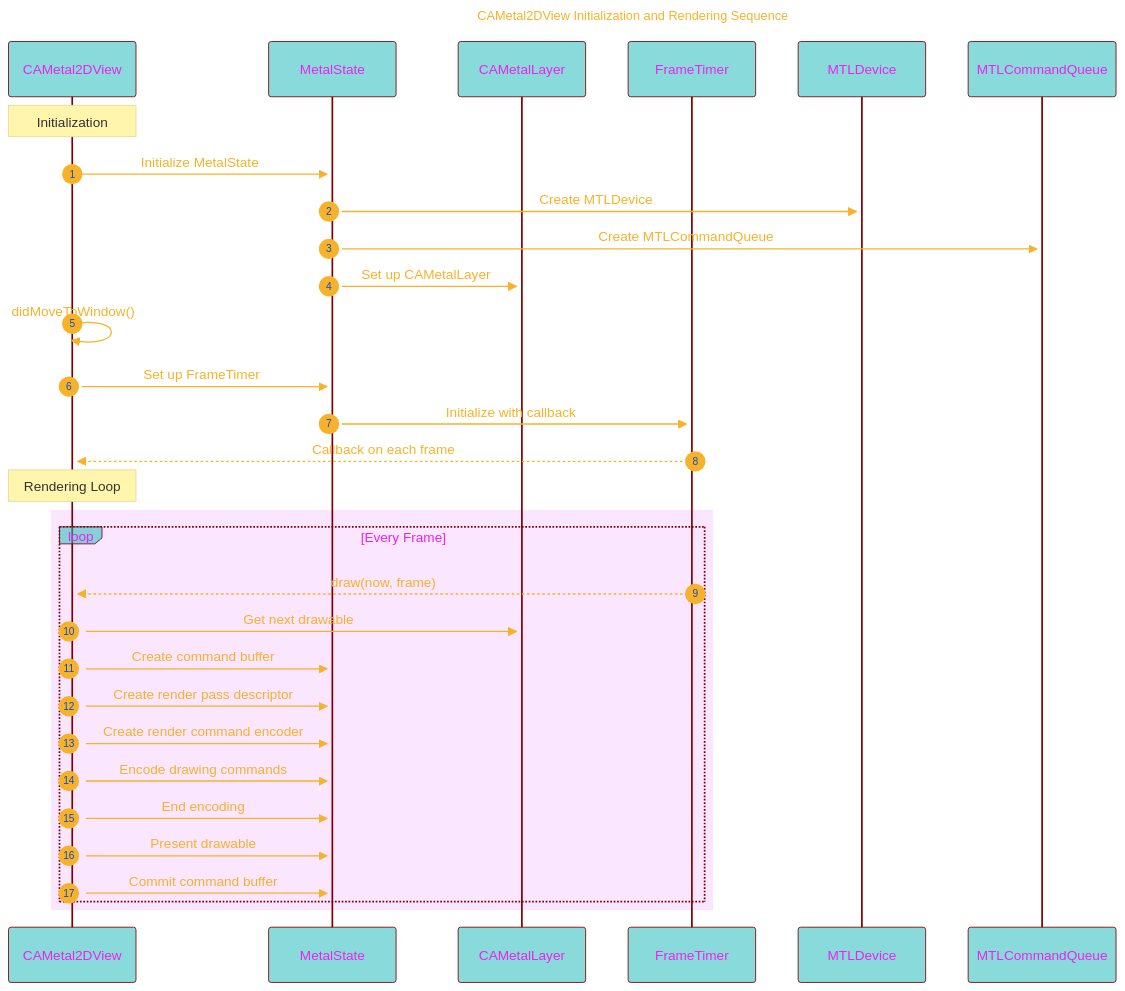
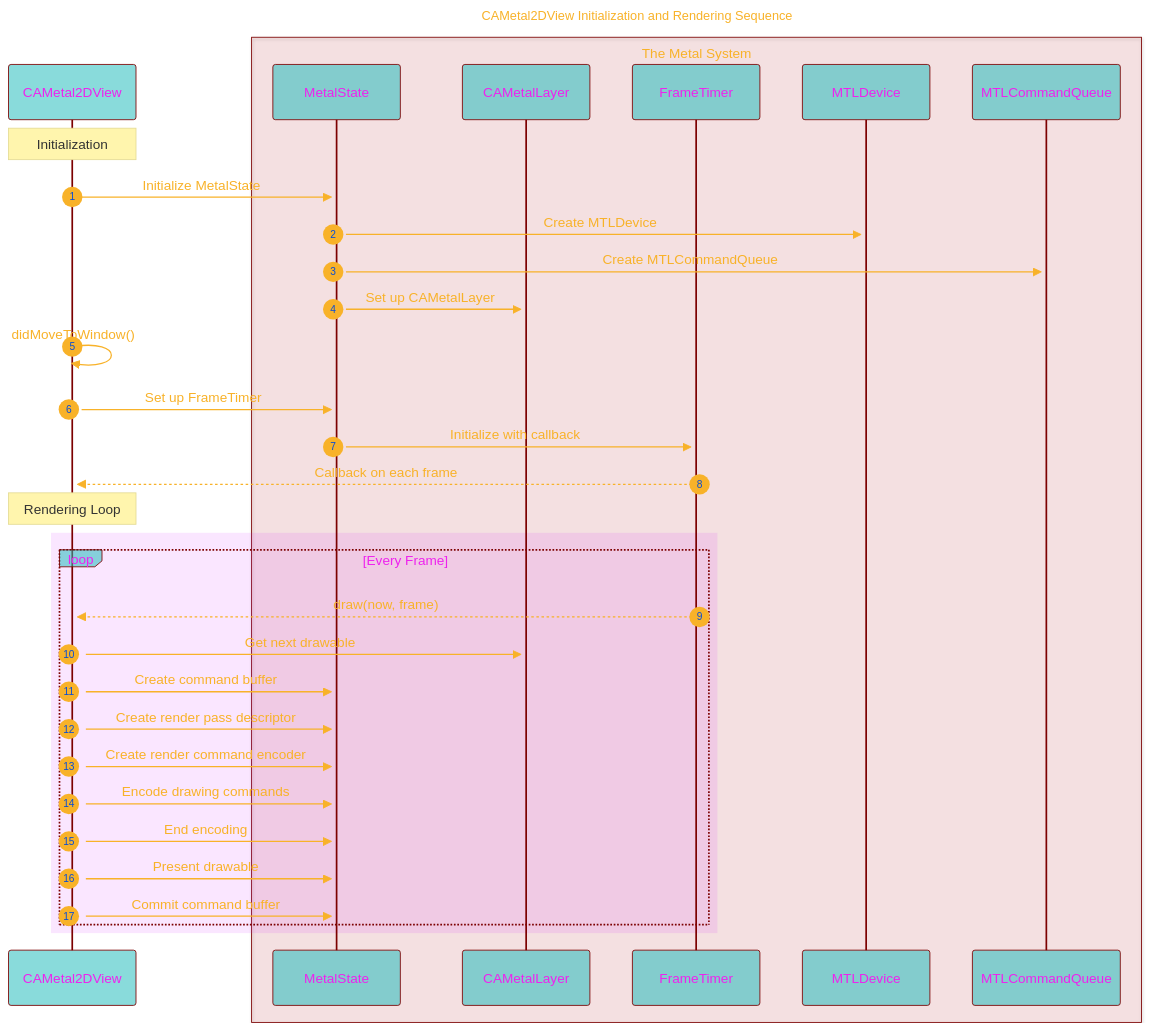
Diagram 19 of 26 in DOCUMENTATIONS/Documentation.md (CongLeSolutionX/Metal-Primitives), drawn with Mermaid before and after one commit.

````diff
--- a/DOCUMENTATIONS/Documentation.md
+++ b/DOCUMENTATIONS/Documentation.md
@@ -1310,65 +1310,68 @@
 ```mermaid
 ---
 title: "CAMetal2DView Initialization and Rendering Sequence"
 author: "Cong Le"
 version: "0.1"
 license(s): "MIT, CC BY 4.0"
 copyright: "Copyright (c) 2025 Cong Le. All Rights Reserved."
 config:
   layout: elk
   theme: base
 ---
 %%%%%%%% Mermaid version v11.4.1-b.14
 %%{
   init: {
     'sequence': { 'mirrorActors': true, 'showSequenceNumbers': true, 'actorMargin': 50 },
     'fontFamily': 'Monaco',
     'themeVariables': {
       'primaryColor': '#2BB8',
       'primaryBorderColor': '#7C0000',
       'lineColor': '#F8B229',
       'secondaryColor': '#6122',
       'tertiaryColor': '#fff',
       'fontSize': '15px',
       'textColor': '#F8B229',
       'actorTextColor': '#E2E',
       'stroke':'#033',
       'stroke-width': '0.2px'
     }
   }
 }%%
 sequenceDiagram
     autonumber
     participant View as CAMetal2DView
-    participant State as MetalState
-    participant Layer as CAMetalLayer
-    participant Timer as FrameTimer
-    participant Device as MTLDevice
-    participant Queue as MTLCommandQueue
+
+	box rgb(202, 12, 22, 0.1) The Metal System
+    	participant State as MetalState
+    	participant Layer as CAMetalLayer
+    	participant Timer as FrameTimer
+    	participant Device as MTLDevice
+    	participant Queue as MTLCommandQueue
+	end
 
     Note over View: Initialization
     View->>+State: Initialize MetalState
     State->>+Device: Create MTLDevice
     State->>+Queue: Create MTLCommandQueue
     State->>+Layer: Set up CAMetalLayer
     View->>+View: didMoveToWindow()
     View->>State: Set up FrameTimer
     State->>+Timer: Initialize with callback
     Timer-->>View: Callback on each frame
 
     Note over View: Rendering Loop
 
 	rect rgb(200, 15, 255, 0.1)
     	loop Every Frame
         	Timer-->>+View: draw(now, frame)
         	View->>+Layer: Get next drawable
         	View->>State: Create command buffer
         	View->>State: Create render pass descriptor
         	View->>State: Create render command encoder
         	View->>State: Encode drawing commands
         	View->>State: End encoding
         	View->>State: Present drawable
         	View->>State: Commit command buffer
     	end
 	end
 ```
````
